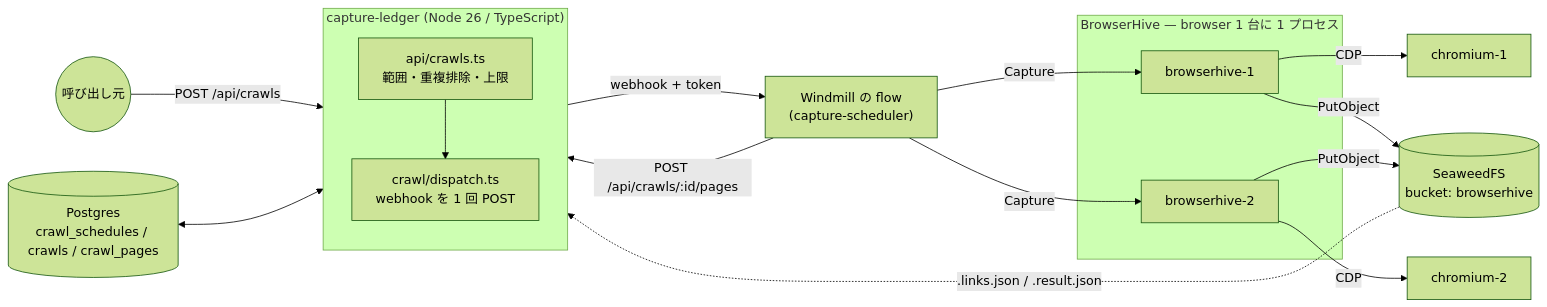
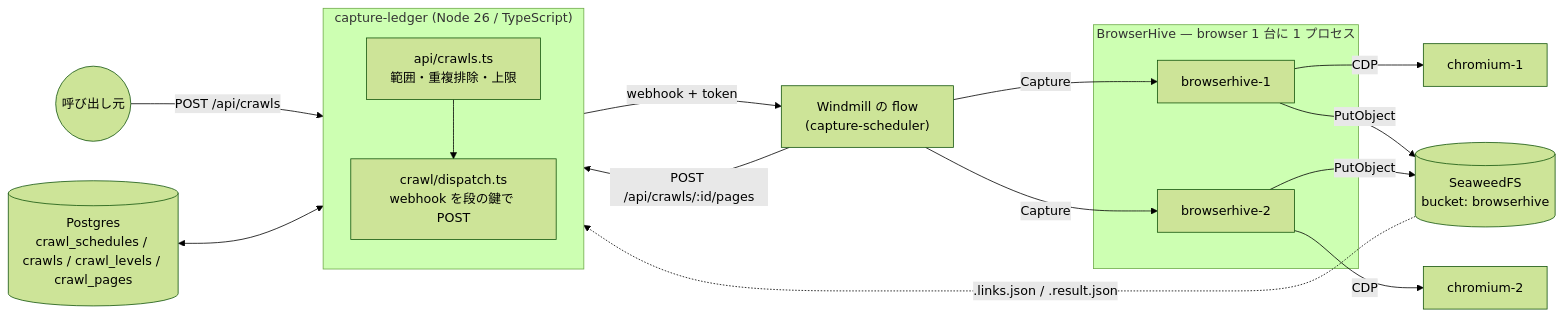
The first of 2 diagrams in docs-site/src/content/docs/ja/architecture.mdx (uraitakahito/capture-ledger), drawn with Mermaid (forest theme) before and after one commit. The commit also changed other lines of this file and 34 other files, not shown here.

First line of the commit message:
feat!: 段の行 crawl_levels と段の報告の鍵（CAPTURE-180） (#501)

````diff
--- a/docs-site/src/content/docs/ja/architecture.mdx
+++ b/docs-site/src/content/docs/ja/architecture.mdx
@@ -8,24 +8,24 @@
 ```mermaid
 flowchart LR
   U((呼び出し元)) -->|"POST /api/crawls"| W
-  PG[("Postgres<br/>crawl_schedules / crawls / crawl_pages")] <--> W
+  PG[("Postgres<br/>crawl_schedules / crawls / crawl_levels / crawl_pages")] <--> W
   subgraph W["capture-ledger (Node 26 / TypeScript)"]
     direction TB
     API["api/crawls.ts<br/>範囲・重複排除・上限"]
-    DIS["crawl/dispatch.ts<br/>webhook を 1 回 POST"]
+    DIS["crawl/dispatch.ts<br/>webhook を段の鍵で POST"]
     API --> DIS
   end
   DIS -->|"webhook + token"| WM["Windmill の flow<br/>(capture-scheduler)"]
   WM -->|Capture| BH1
   WM -->|Capture| BH2
   subgraph BH["BrowserHive — browser 1 台に 1 プロセス"]
     BH1[browserhive-1]
     BH2[browserhive-2]
   end
   BH1 -->|CDP| C1[chromium-1]
   BH2 -->|CDP| C2[chromium-2]
   BH1 -->|PutObject| S3[(SeaweedFS<br/>bucket: browserhive)]
   BH2 -->|PutObject| S3
   WM -->|"POST /api/crawls/:id/pages"| API
   S3 -.->|".links.json / .result.json"| API
 ```
````
